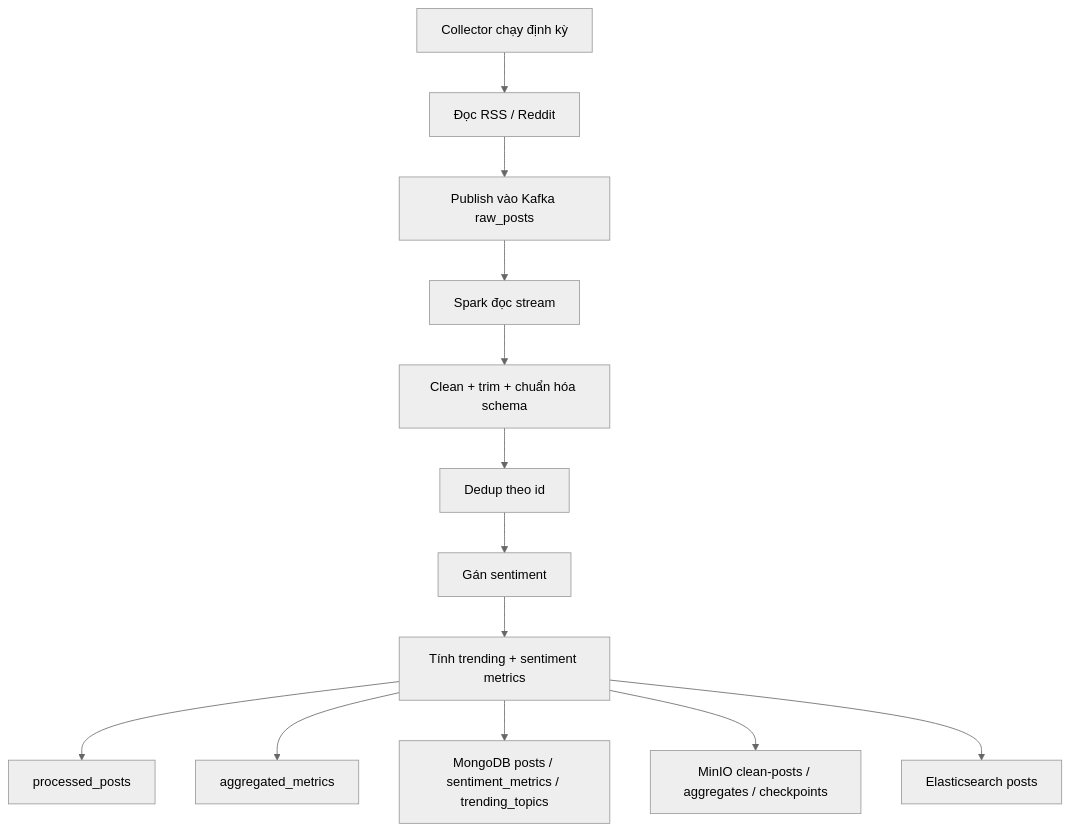
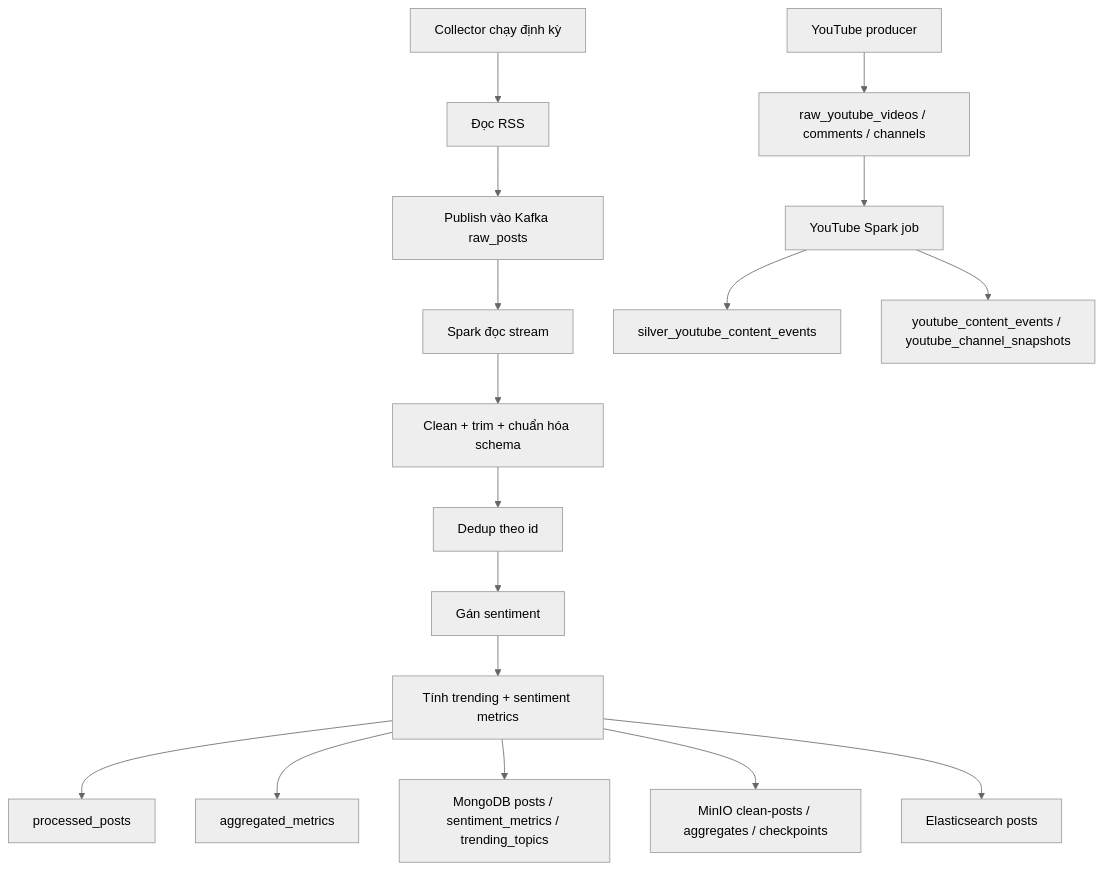
The second of 2 diagrams in docs/demo_end_to_end.md (nguyenminh37/social-media-analytics-pipeline), drawn with Mermaid (neutral theme) before and after one commit. The commit also changed other lines of this file and 50 other files, not shown here.

First line of the commit message:
Add YouTube data processing pipeline with Spark integration

````diff
--- a/docs/demo_end_to_end.md
+++ b/docs/demo_end_to_end.md
@@ -39,15 +42,20 @@
 ```mermaid
 flowchart TD
-    A[Collector chạy định kỳ] --> B[Đọc RSS / Reddit]
+    A[Collector chạy định kỳ] --> B[Đọc RSS]
     B --> C[Publish vào Kafka raw_posts]
     C --> D[Spark đọc stream]
     D --> E[Clean + trim + chuẩn hóa schema]
     E --> F[Dedup theo id]
     F --> G[Gán sentiment]
     G --> H[Tính trending + sentiment metrics]
     H --> I[processed_posts]
     H --> J[aggregated_metrics]
     H --> K[MongoDB posts / sentiment_metrics / trending_topics]
     H --> L[MinIO clean-posts / aggregates / checkpoints]
     H --> M[Elasticsearch posts]
+
+    Y[YouTube producer] --> Y1[raw_youtube_videos / comments / channels]
+    Y1 --> Y2[YouTube Spark job]
+    Y2 --> Y3[silver_youtube_content_events]
+    Y2 --> Y4[youtube_content_events / youtube_channel_snapshots]
 ```
````
